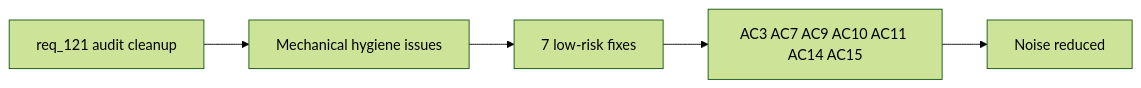
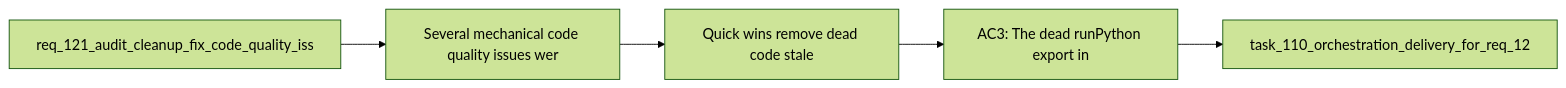
One commit to AlexAgo83/logics-manager changed the diagram in logics/backlog/item_210_quick_wins_remove_dead_code_stale_artifacts_and_update_doc_references.md. Above: the diagram before and after it, drawn with Mermaid (forest theme). The commit also changed 481 other files, not shown here.

````diff
--- a/logics/backlog/item_210_quick_wins_remove_dead_code_stale_artifacts_and_update_doc_references.md
+++ b/logics/backlog/item_210_quick_wins_remove_dead_code_stale_artifacts_and_update_doc_references.md
@@ -20,9 +20,9 @@
 ```mermaid
 %% logics-kind: backlog
 %% logics-signature: backlog|quick-wins-remove-dead-code-stale-artifa|req-121-audit-cleanup-fix-code-quality-i|several-mechanical-code-quality-issues-w|ac3-the-dead-runpython-export-in
 flowchart LR
-    Request[req_121 audit cleanup] --> Problem[Mechanical hygiene issues]
-    Problem --> Scope[7 low-risk fixes]
-    Scope --> AC[AC3 AC7 AC9 AC10 AC11 AC14 AC15]
-    AC --> Done[Noise reduced]
+    Request[req_121_audit_cleanup_fix_code_quality_iss] --> Problem[Several mechanical code quality issues wer]
+    Problem --> Scope[Quick wins remove dead code stale]
+    Scope --> Acceptance[AC3: The dead runPython export in]
+    Acceptance --> Tasks[task_110_orchestration_delivery_for_req_12]
 ```
````
